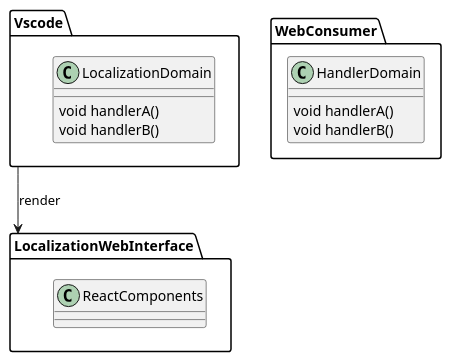
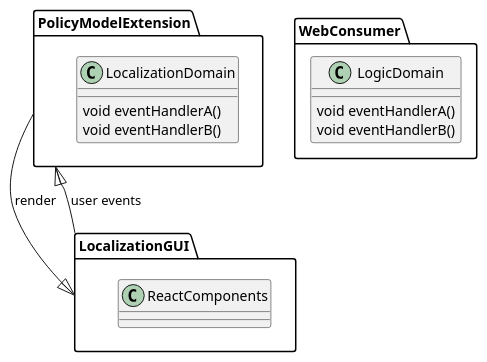
One commit to wolfj123/PolicyModelsPlugin changed the diagram in diagrams/client/localizationPresentation.puml. Above: the diagram before and after it, drawn with PlantUML.

```diff
--- a/diagrams/client/localizationPresentation.puml
+++ b/diagrams/client/localizationPresentation.puml
@@ -1,27 +1,29 @@
 @startuml
 
-package Vscode {
+package PolicyModelExtension {
 class LocalizationDomain {
-    void handlerA()
-    void handlerB()
+    void eventHandlerA()
+    void eventHandlerB()
 }
 }
 
-package LocalizationWebInterface{
+package LocalizationGUI{
 
 class ReactComponents {}
 }
 
+LocalizationGUI ==|> PolicyModelExtension : user events
+
 package WebConsumer {
-class HandlerDomain {
-  void handlerA()
-    void handlerB()
+class LogicDomain {
+  void eventHandlerA()
+    void eventHandlerB()
 }
 }
 
-Vscode ==> LocalizationWebInterface: render
+PolicyModelExtension ==|> LocalizationGUI: render
 
 
 
 
 @enduml
```
